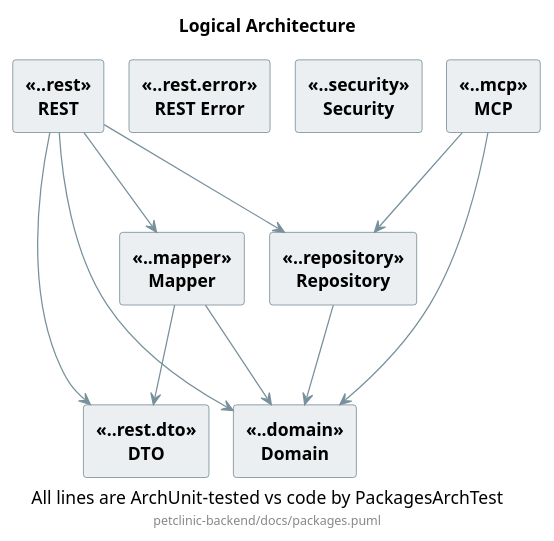
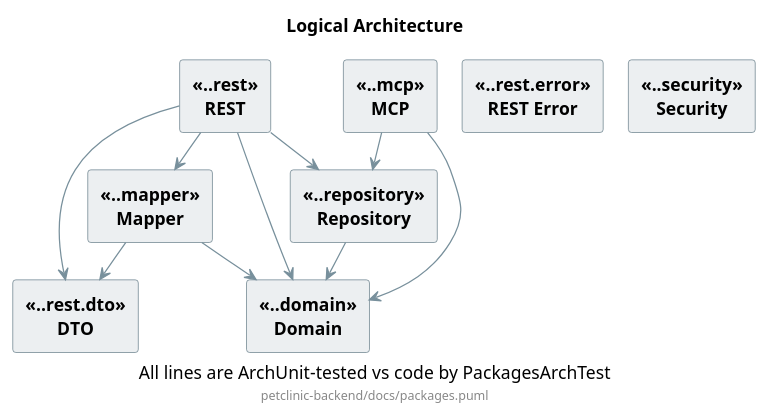
One commit to Ez2/petclinic changed the diagram in petclinic-backend/docs/packages.puml. Above: the diagram before and after it, drawn with PlantUML. The commit also changed 1 other file, not shown here.

Commit message:
docs(packages): drop the depth-stacking layout from the logical diagram
The dependency-depth ordering and the invisible `sepN` anchors that held
the rows apart are gone: the diagram now just declares the packages and
their real dependencies, letting Graphviz lay them out. Only the
cycles-are-red convention remains in the recipe header.

```diff
--- a/petclinic-backend/docs/packages.puml
+++ b/petclinic-backend/docs/packages.puml
@@ -1,86 +1,51 @@
 @startuml
 
 title Logical Architecture
 caption All lines are ArchUnit-tested vs code by PackagesArchTest
 footer petclinic-backend/docs/packages.puml
 
-' ── The recipe (portable — copy this whole layout trick to any project) ───────
-' 1. GRAVITY. A package is drawn below everything that depends on it, so every
-'    arrow points downwards. Depth of a package = length of the longest chain of
-'    dependencies starting at it; depth 0 (packages that depend on nothing) goes
-'    at the bottom. That is a computation, not an opinion — no layer names here.
-'
-' 2. INVISIBLE ANCHORS. Depths are held apart by a blank `label` per boundary,
-'    pinned by `-[hidden]->` arrows from every package above it and to every
-'    package below it. Nothing is drawn — the anchor only claims a row of its
-'    own, which is what forces the packages onto separate rows. Do NOT pin with
-'    hidden arrows between packages: ArchUnit reads those as real dependencies
-'    and the diagram would start permitting deps the code does not have. It
-'    drops the ones pointing at `sepN`, because `sepN` is not a component.
-'
-' 3. CYCLES ARE RED. A bidirectional dependency is ONE red double-headed line.
-'    ArchUnit cannot parse `<-->` arrows, so back each red line with two
-'    `-[hidden]->` arrows, which it *does* parse as the two directed edges:
-'        [A] <-[#red,thickness=2]-> [B]
-'        [A] -[hidden]-> [B]
-'        [B] -[hidden]-> [A]
-'    No cycle exists here today; the convention is in place so one shows up red.
+' ── The recipe (portable — copy this trick to any project) ───────────────────
+' CYCLES ARE RED. A bidirectional dependency is ONE red double-headed line.
+' ArchUnit cannot parse `<-->` arrows, so back each red line with two
+' `-[hidden]->` arrows, which it *does* parse as the two directed edges:
+'     [A] <-[#red,thickness=2]-> [B]
+'     [A] -[hidden]-> [B]
+'     [B] -[hidden]-> [A]
+' No cycle exists here today; the convention is in place so one shows up red.
 ' ─────────────────────────────────────────────────────────────────────────────
 
 skinparam shadowing false
 skinparam componentStyle rectangle
 skinparam nodesep 20
 skinparam ranksep 30
 <style>
 component {
   BackGroundColor #ECEFF1
   LineColor #546E7A
   FontStyle bold
 }
 arrow {
   LineColor #78909C
 }
 </style>
 
-' depth 2
 [REST] <<..rest>>
 [MCP] <<..mcp>>
 [REST Error] <<..rest.error>>
 [Security] <<..security>>
-
-' depth 1
 [Mapper] <<..mapper>>
 [Repository] <<..repository>>
-
-' depth 0
 [DTO] <<..rest.dto>>
 [Domain] <<..domain>>
-
-label " " as sep1
-label " " as sep2
 
 [Repository] --> [Domain]
 [Mapper] --> [Domain]
 [Mapper] --> [DTO]
 [REST] --> [Domain]
 [REST] --> [Repository]
 [REST] --> [Mapper]
 [REST] --> [DTO]
 [MCP] --> [Domain]
 [MCP] --> [Repository]
 
-' depth 2 sits above depth 1
-[REST] -[hidden]-> sep1
-[MCP] -[hidden]-> sep1
-[REST Error] -[hidden]-> sep1
-[Security] -[hidden]-> sep1
-sep1 -[hidden]-> [Mapper]
-sep1 -[hidden]-> [Repository]
-
-' depth 1 sits above depth 0
-[Mapper] -[hidden]-> sep2
-[Repository] -[hidden]-> sep2
-sep2 -[hidden]-> [DTO]
-sep2 -[hidden]-> [Domain]
-
 @enduml
```
